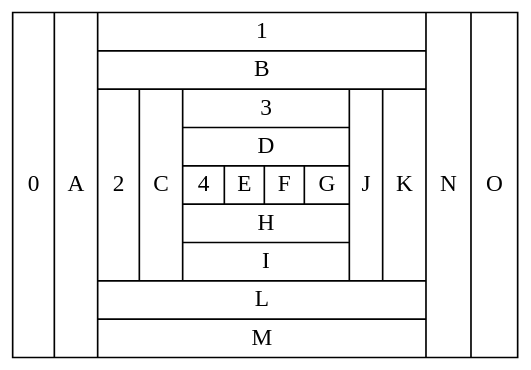
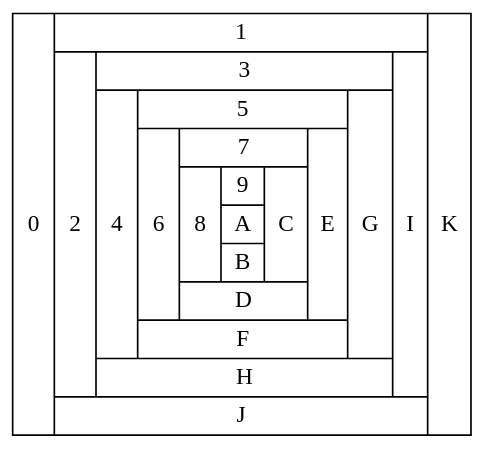
Before and after one commit to larryhou/Slides: the diagram in graphviz/t.dot, drawn with Graphviz. The commit also changed 3 other files, not shown here.

```diff
--- a/graphviz/t.dot
+++ b/graphviz/t.dot
@@ -1,6 +1,7 @@
 digraph 
 {
 	bgcolor=transparent;
-	node [shape=record, fontname="Baskerville"];
-	table [shape=record,label="0|A|{1|B|{2|C|{3|D|{4|E|F|G}|H|I}|J|K}|L|M}|N|O"];
+	node [shape=record, fontname="Fira Code"];
+	table [shape=record,label="0|{1|{2|{3|{4|{5|{6|{7|{8|
+	{9|A|B}|C}|D}|E}|F}|G}|H}|I}|J}|K"];
 }
```
